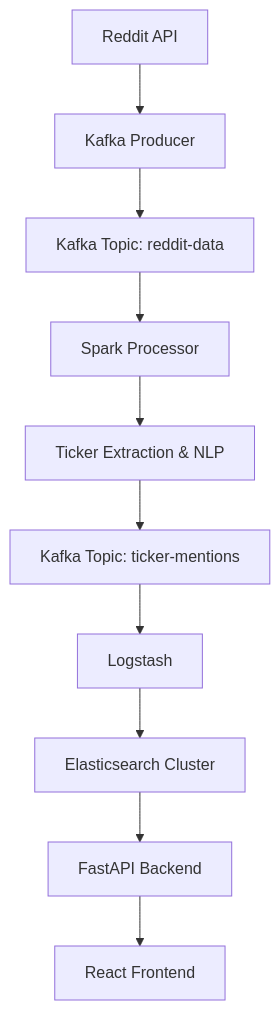
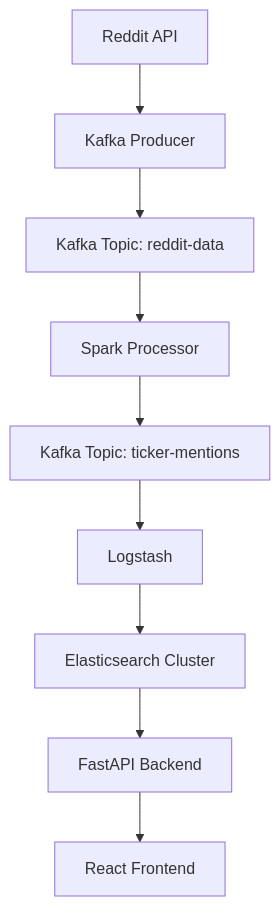
One commit to sdhaduk/WallStreetBuddy changed the diagram in README.md. Above: the diagram before and after it, drawn with Mermaid.

````diff
--- a/README.md
+++ b/README.md
@@ -39,12 +39,11 @@
 ```mermaid
 graph TD
     A[Reddit API] --> B[Kafka Producer]
     B --> C[Kafka Topic: reddit-data]
     C --> D[Spark Processor]
-    D --> E[Ticker Extraction & NLP]
-    E --> F[Kafka Topic: ticker-mentions]
-    F --> G[Logstash]
-    G --> H[Elasticsearch Cluster]
-    H --> I[FastAPI Backend]
-    I --> J[React Frontend]
+    D --> E[Kafka Topic: ticker-mentions]
+    E --> F[Logstash]
+    F --> G[Elasticsearch Cluster]
+    G --> H[FastAPI Backend]
+    H --> I[React Frontend]
 ```
````
